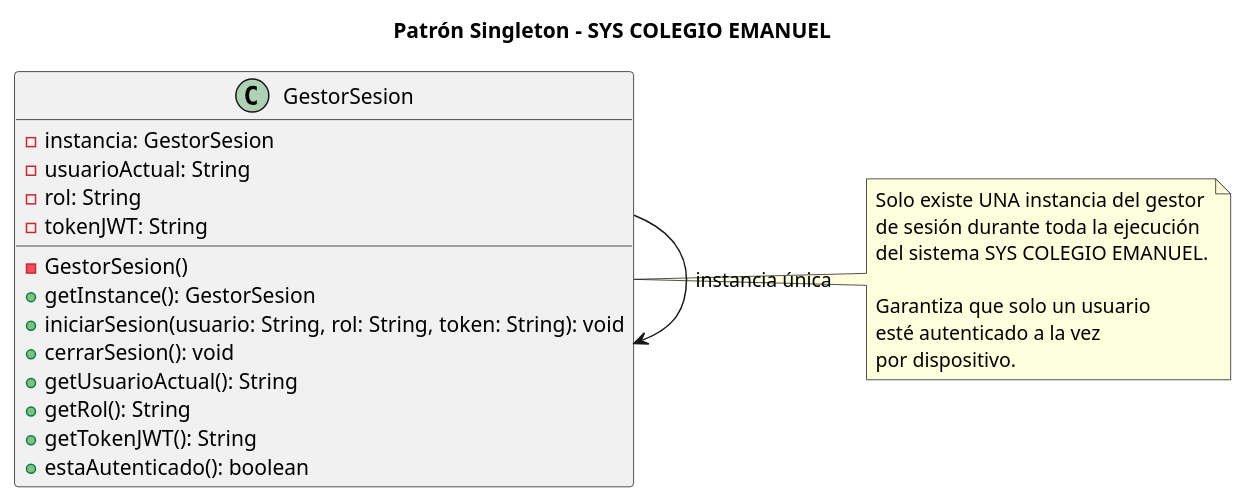
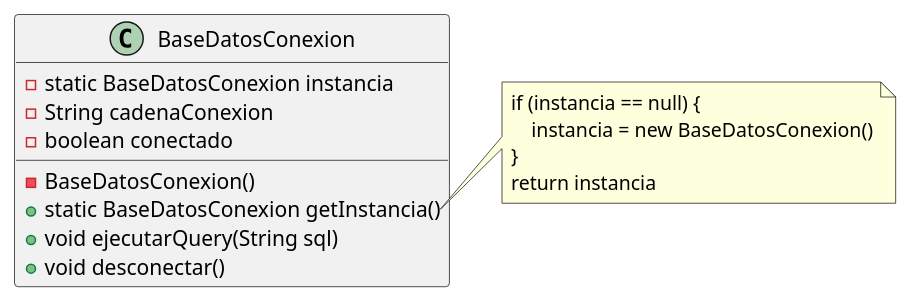
Before and after one commit to 1XxBlack1xX1/PYS-PASTIAS: the diagram in SYS-PAST/3-PATRONES DE DISEÑO/Creacionales/1-Patron Singleton/Singleton.puml, drawn with PlantUML. The commit also changed 11 other files, not shown here.

```diff
--- a/SYS-PAST/3-PATRONES DE DISEÑO/Creacionales/1-Patron Singleton/Singleton.puml
+++ b/SYS-PAST/3-PATRONES DE DISEÑO/Creacionales/1-Patron Singleton/Singleton.puml
@@ -1,32 +1,21 @@
-@startuml
-title Patrón Singleton - SYS COLEGIO EMANUEL
+@startuml Patron_Singleton_Conexion
 
-class GestorSesion {
-    - instancia: GestorSesion
-    - usuarioActual: String
-    - rol: String
-    - tokenJWT: String
-
-    - GestorSesion()
-    + getInstance(): GestorSesion
-    + iniciarSesion(usuario: String, rol: String, token: String): void
-    + cerrarSesion(): void
-    + getUsuarioActual(): String
-    + getRol(): String
-    + getTokenJWT(): String
-    + estaAutenticado(): boolean
+class BaseDatosConexion {
+    - static BaseDatosConexion instancia
+    - String cadenaConexion
+    - boolean conectado
+    
+    - BaseDatosConexion()
+    + static BaseDatosConexion getInstancia()
+    + void ejecutarQuery(String sql)
+    + void desconectar()
 }
 
-note right of GestorSesion
-  Solo existe UNA instancia del gestor
-  de sesión durante toda la ejecución
-  del sistema SYS COLEGIO EMANUEL.
-
-  Garantiza que solo un usuario
-  esté autenticado a la vez
-  por dispositivo.
+note right of BaseDatosConexion::getInstancia
+  if (instancia == null) {
+      instancia = new BaseDatosConexion()
+  }
+  return instancia
 end note
 
-GestorSesion --> GestorSesion : instancia única
-
 @enduml
```
